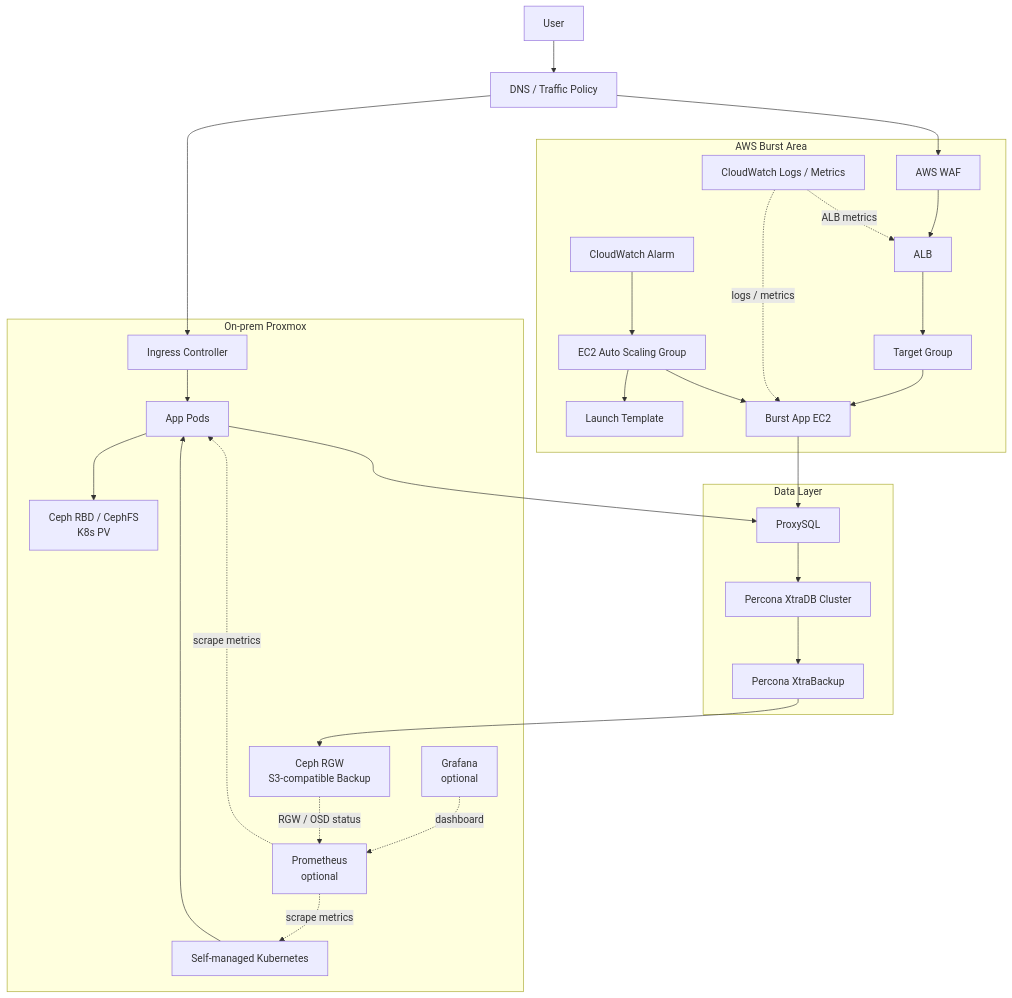
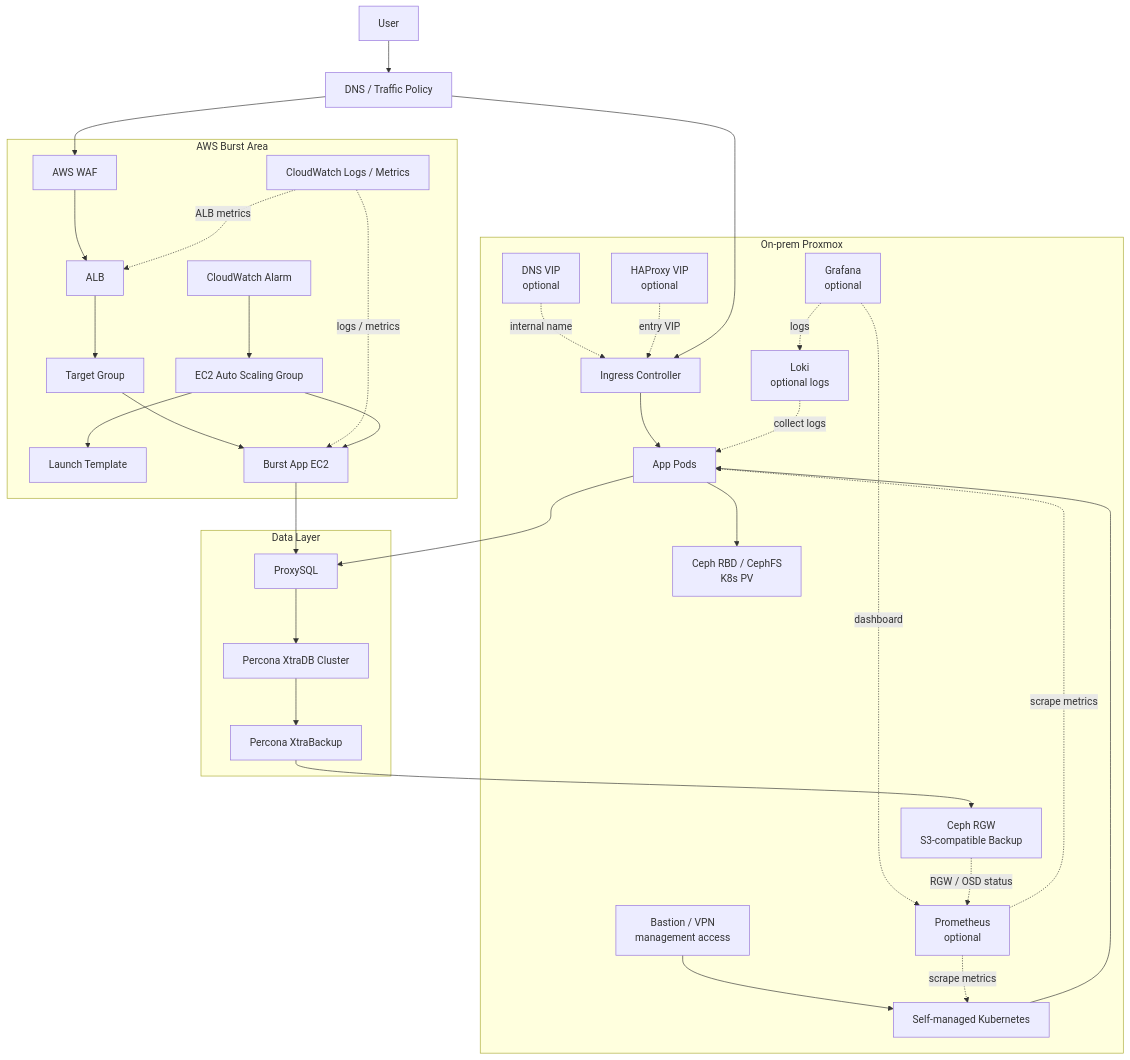
One commit to KosaCloudTeam2/infra-platform changed the first of 7 diagrams in docs/01_architecture.md. Above: the diagram before and after it, drawn with Mermaid. The commit also changed other lines of this file and 4 other files, not shown here.

````diff
--- a/docs/01_architecture.md
+++ b/docs/01_architecture.md
@@ -55,54 +55,63 @@
 ```mermaid
 flowchart TD
     User["User"] --> Traffic["DNS / Traffic Policy"]
 
     subgraph OnPrem["On-prem Proxmox"]
+        Bastion["Bastion / VPN<br/>management access"]
+        DnsVip["DNS VIP<br/>optional"]
+        HaproxyVip["HAProxy VIP<br/>optional"]
         K8s["Self-managed Kubernetes"]
         AppPod["App Pods"]
         Ingress["Ingress Controller"]
         Prom["Prometheus<br/>optional"]
+        Loki["Loki<br/>optional logs"]
         Grafana["Grafana<br/>optional"]
         CephRBD["Ceph RBD / CephFS<br/>K8s PV"]
         CephRGW["Ceph RGW<br/>S3-compatible Backup"]
+        Bastion --> K8s
+        DnsVip -. "internal name" .-> Ingress
+        HaproxyVip -. "entry VIP" .-> Ingress
         K8s --> AppPod
         Ingress --> AppPod
         AppPod --> CephRBD
         Prom -. "scrape metrics" .-> K8s
         Prom -. "scrape metrics" .-> AppPod
+        Loki -. "collect logs" .-> AppPod
         Grafana -. "dashboard" .-> Prom
+        Grafana -. "logs" .-> Loki
     end
 
     subgraph AWS["AWS Burst Area"]
         WAF["AWS WAF"]
         ALB["ALB"]
         TG["Target Group"]
         ASG["EC2 Auto Scaling Group"]
         LT["Launch Template"]
         BurstEC2["Burst App EC2"]
         CW["CloudWatch Alarm"]
         CWLogs["CloudWatch Logs / Metrics"]
         WAF --> ALB
         ALB --> TG
         TG --> BurstEC2
         CW --> ASG
         CWLogs -. "logs / metrics" .-> BurstEC2
         CWLogs -. "ALB metrics" .-> ALB
         ASG --> LT
         ASG --> BurstEC2
     end
 
     subgraph Data["Data Layer"]
         ProxySQL["ProxySQL"]
         PXC["Percona XtraDB Cluster"]
         Backup["Percona XtraBackup"]
         ProxySQL --> PXC
         PXC --> Backup
         Backup --> CephRGW
     end
 
     Traffic --> Ingress
     Traffic --> WAF
     AppPod --> ProxySQL
     BurstEC2 --> ProxySQL
     CephRGW -. "RGW / OSD status" .-> Prom
 ```
````
